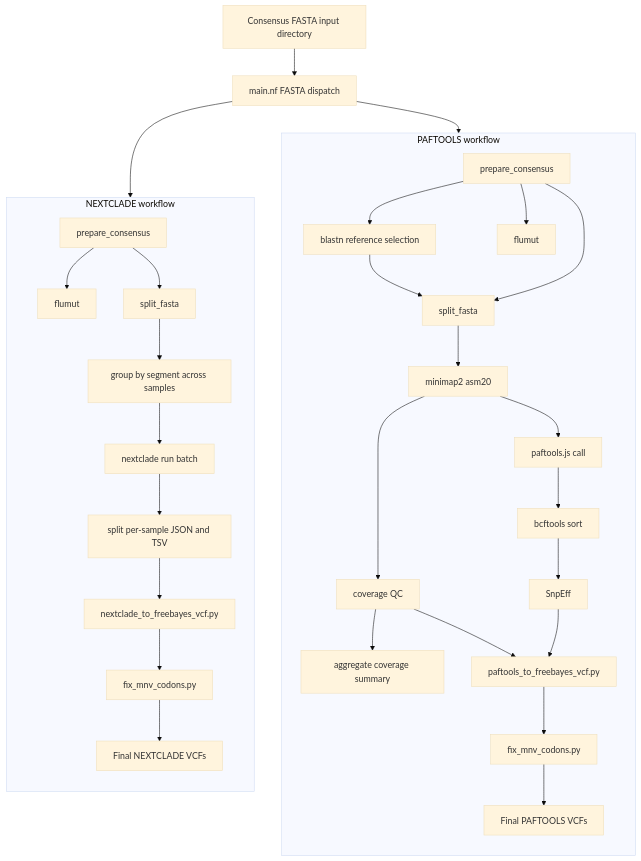
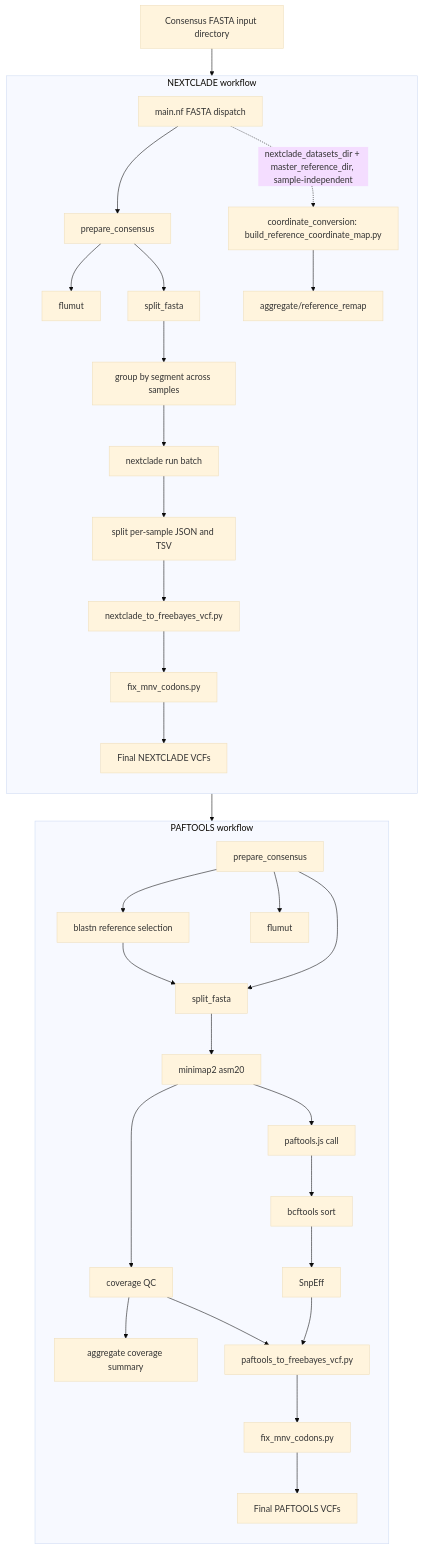
One commit to BCCDC-PHL/fluscan-nf changed the diagram in README.md. Above: the diagram before and after it, drawn with Mermaid (base theme). The commit also changed other lines of this file, not shown here.

Commit message:
add coordinate conversion to README

````diff
--- a/README.md
+++ b/README.md
@@ -43,63 +44,67 @@
 ```mermaid
 flowchart TD
     input[Consensus FASTA input directory]
     dispatch[main.nf FASTA dispatch]
 
     input --> dispatch
     dispatch --> paftools_prepare
     dispatch --> nextclade_prepare
 
     subgraph PAFTOOLS[PAFTOOLS workflow]
         direction TB
         paftools_prepare[prepare_consensus]
         paftools_flumut[flumut]
         blastn[blastn reference selection]
         split_ref[split_fasta]
         minimap[minimap2 asm20]
         covqc[coverage QC]
         covagg[aggregate coverage summary]
         paftools_call[paftools.js call]
         sortvcf[bcftools sort]
         snpeff[SnpEff]
         paf2fb[paftools_to_freebayes_vcf.py]
         fixmnv_paf[fix_mnv_codons.py]
         paf_final[Final PAFTOOLS VCFs]
 
         paftools_prepare --> blastn
         paftools_prepare --> paftools_flumut
         paftools_prepare --> split_ref
         blastn --> split_ref
         split_ref --> minimap
         minimap --> covqc
         covqc --> covagg
         minimap --> paftools_call
         paftools_call --> sortvcf
         sortvcf --> snpeff
         snpeff --> paf2fb
         covqc --> paf2fb
         paf2fb --> fixmnv_paf
         fixmnv_paf --> paf_final
     end
 
     subgraph NEXTCLADE[NEXTCLADE workflow]
         direction TB
         nextclade_prepare[prepare_consensus]
         nextclade_flumut[flumut]
         split_consensus[split_fasta]
         groupseg[group by segment across samples]
         nc_run[nextclade run batch]
         split_results[split per-sample JSON and TSV]
         nc2vcf[nextclade_to_freebayes_vcf.py]
         fixmnv_nc[fix_mnv_codons.py]
         nc_final[Final NEXTCLADE VCFs]
+        coord_map[coordinate_conversion: build_reference_coordinate_map.py]
+        coord_final[aggregate/reference_remap]
 
         nextclade_prepare --> nextclade_flumut
         nextclade_prepare --> split_consensus
         split_consensus --> groupseg
         groupseg --> nc_run
         nc_run --> split_results
         split_results --> nc2vcf
         nc2vcf --> fixmnv_nc
         fixmnv_nc --> nc_final
+        dispatch -.->|nextclade_datasets_dir + master_reference_dir, sample-independent| coord_map
+        coord_map --> coord_final
     end
 ```
````
